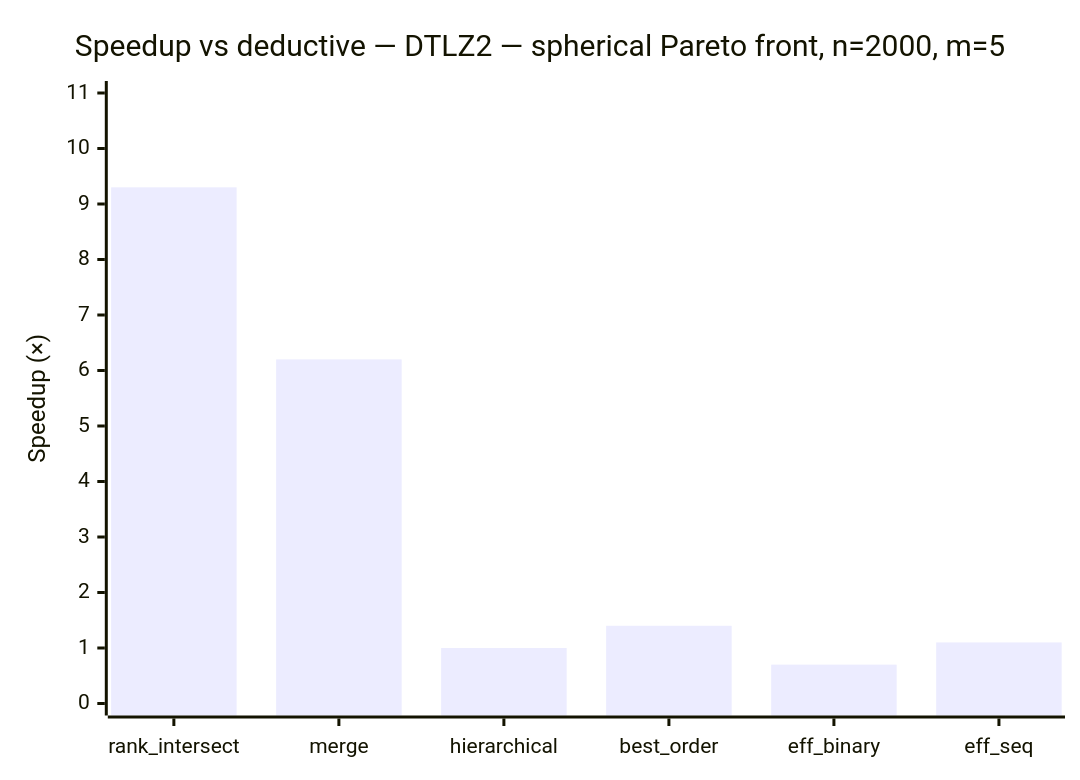
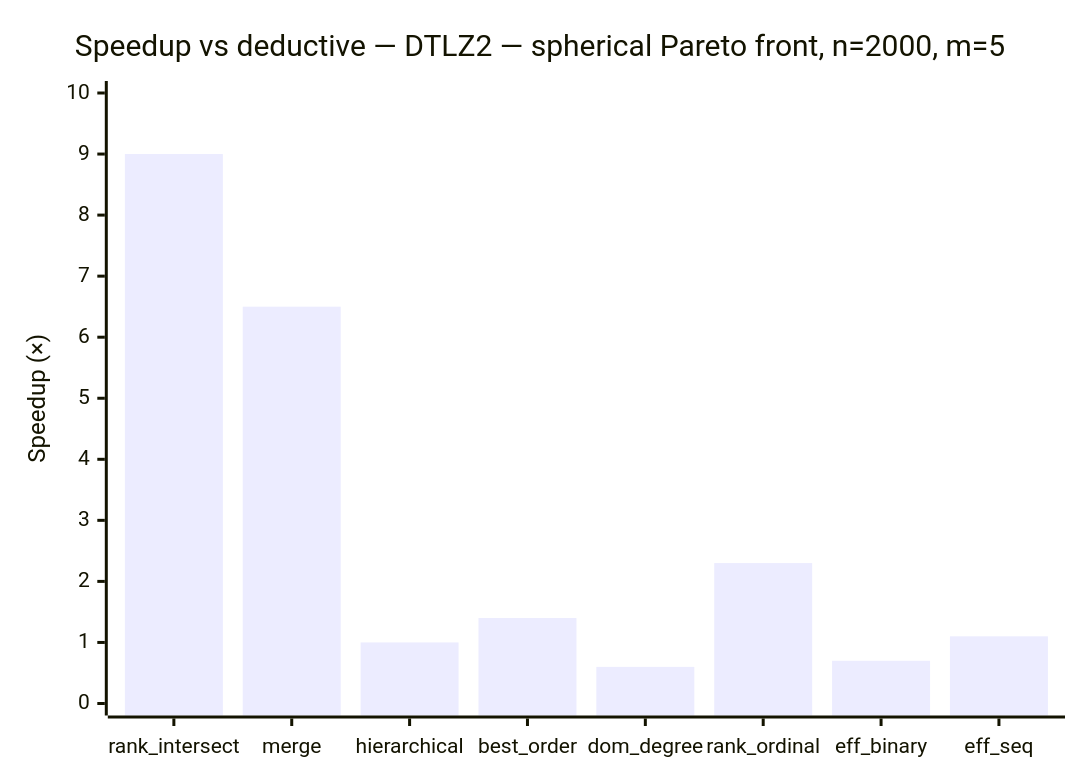
One commit to foolnotion/ndsort changed the sixth of 8 diagrams in BENCHMARKS.md. Above: the diagram before and after it, drawn with Mermaid. The commit also changed other lines of this file and 3 other files, not shown here.

First line of the commit message:
feat: add dominance_degree and rank_ordinal to benchmarks; update docs

````diff
--- a/BENCHMARKS.md
+++ b/BENCHMARKS.md
@@ -172,7 +174,7 @@
 ```mermaid
 xychart-beta
     title "Speedup vs deductive — DTLZ2 — spherical Pareto front, n=2000, m=5"
-    x-axis ["rank_intersect", "merge", "hierarchical", "best_order", "eff_binary", "eff_seq"]
-    y-axis "Speedup (×)" 0 --> 11
-    bar [9.3, 6.2, 1.0, 1.4, 0.7, 1.1]
+    x-axis ["rank_intersect", "merge", "hierarchical", "best_order", "dom_degree", "rank_ordinal", "eff_binary", "eff_seq"]
+    y-axis "Speedup (×)" 0 --> 10
+    bar [9.0, 6.5, 1.0, 1.4, 0.6, 2.3, 0.7, 1.1]
 ```
````
